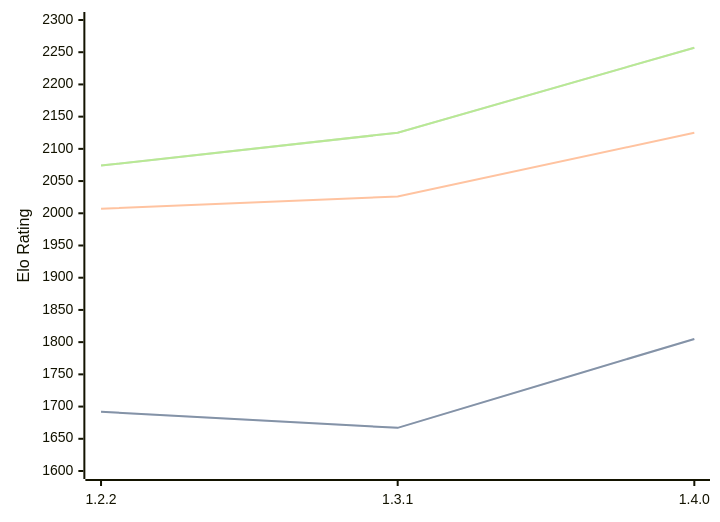
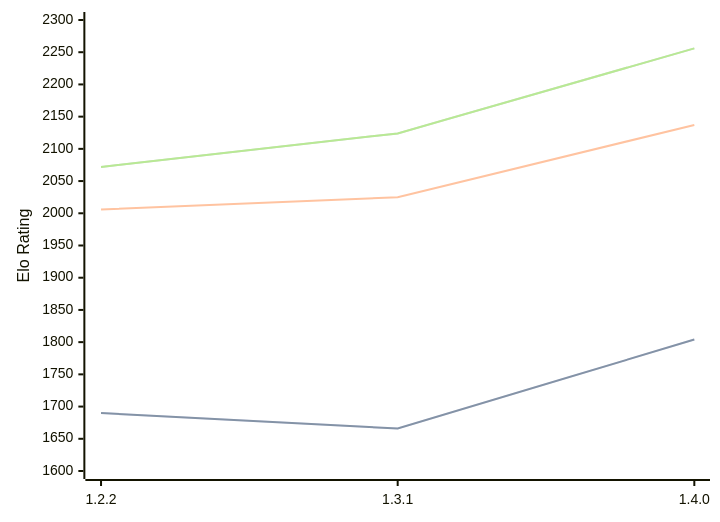
Before and after one commit to computer-chess-index/cci: the diagram in engines/SoloEngine.md, drawn with Mermaid. The commit also changed other lines of this file, not shown here.

Commit message:
Update CCI Ratings (ELO VLTC) - 2026-03-04

````diff
--- a/engines/SoloEngine.md
+++ b/engines/SoloEngine.md
@@ -31,11 +32,11 @@
 ```mermaid
 %%{init: {"theme":"base","themeVariables":{"seriesColors:['#a3a3a3','#222221','#faa371']}}}%%
 xychart-beta
   x-axis ["1.2.2", "1.3.1", "1.4.0"]
   y-axis "Elo Rating" 1600 --> 2300
-  line "STC (8.0+0.08s)" [1692, 1667, 1805]
-  line "STC (8.0+0.08s)" [1692, 1667, 1805]
-  line "LTC (60.0+0.60s)" [2007, 2026, 2125]
-  line "VLTC (2m24s+1.12s)" [2074, 2125, 2257]
-  line "VLTC (2m24s+1.12s)" [2074, 2125, 2257]
+  line "STC (8.0+0.08s)" [1690, 1666, 1804]
+  line "STC (8.0+0.08s)" [1690, 1666, 1804]
+  line "LTC (60.0+0.60s)" [2006, 2025, 2137]
+  line "VLTC (2m24s+1.12s)" [2072, 2124, 2256]
+  line "VLTC (2m24s+1.12s)" [2072, 2124, 2256]
 ```
````
